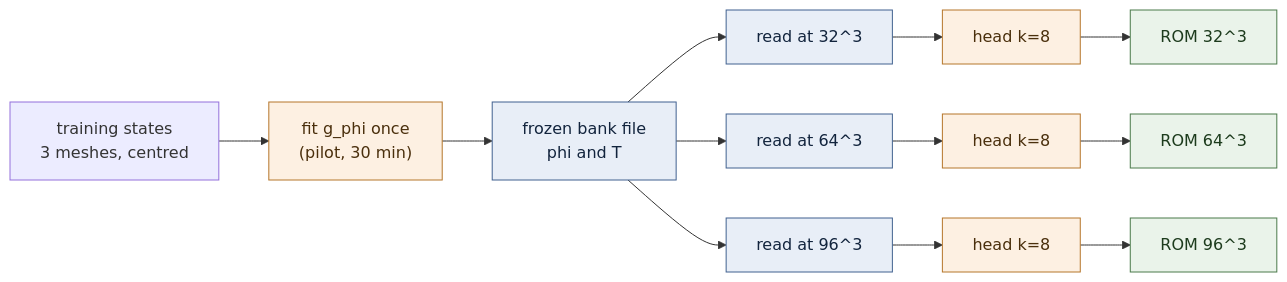
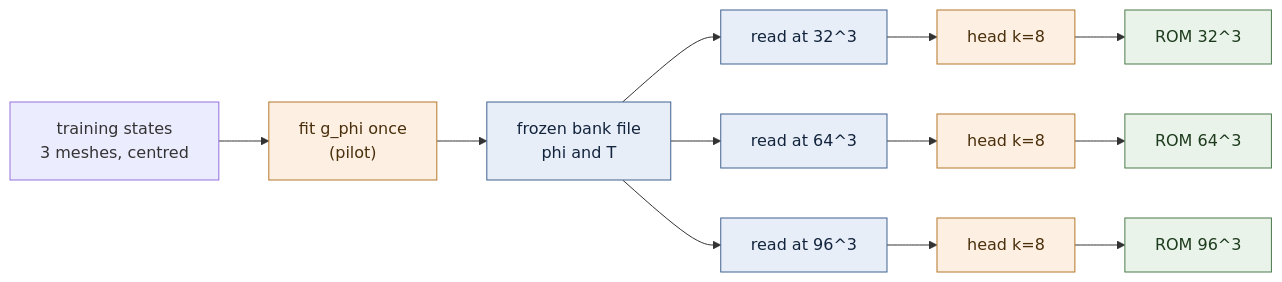
One commit to tahmidawal/Tunable-NM-ROM changed the diagram in reports/2026-10-01-ns3d-coordnet-bank.md. Above: the diagram before and after it, drawn with Mermaid. The commit also changed other lines of this file and 3 other files, not shown here.

````diff
--- a/reports/2026-10-01-ns3d-coordnet-bank.md
+++ b/reports/2026-10-01-ns3d-coordnet-bank.md
@@ -13,14 +13,14 @@
 ```mermaid
 flowchart LR
-  D["training states<br/>3 meshes, centred"] --> TR["fit g_phi once<br/>(pilot, 30 min)"]
+  D["training states<br/>3 meshes, centred"] --> TR["fit g_phi once<br/>(pilot)"]
   TR --> F["frozen bank file<br/>phi and T"]
   F --> S32["read at 32^3"] --> H32["head k=8"] --> R32["ROM 32^3"]
   F --> S64["read at 64^3"] --> H64["head k=8"] --> R64["ROM 64^3"]
   F --> S96["read at 96^3"] --> H96["head k=8"] --> R96["ROM 96^3"]
   classDef trained fill:#fdf0e2,stroke:#b5762a,color:#4a2f0c;
   classDef frozen fill:#e8eef7,stroke:#41618f,color:#12243d;
   classDef solved fill:#eaf3ea,stroke:#4a7a4a,color:#1d3b1d;
   class TR,H32,H64,H96 trained;
   class F,S32,S64,S96 frozen;
   class R32,R64,R96 solved;
 ```
````
